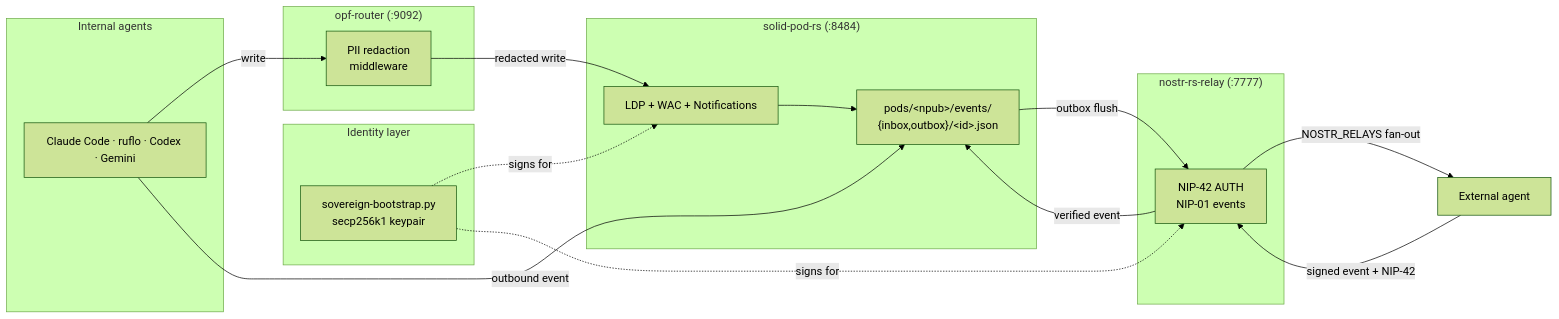
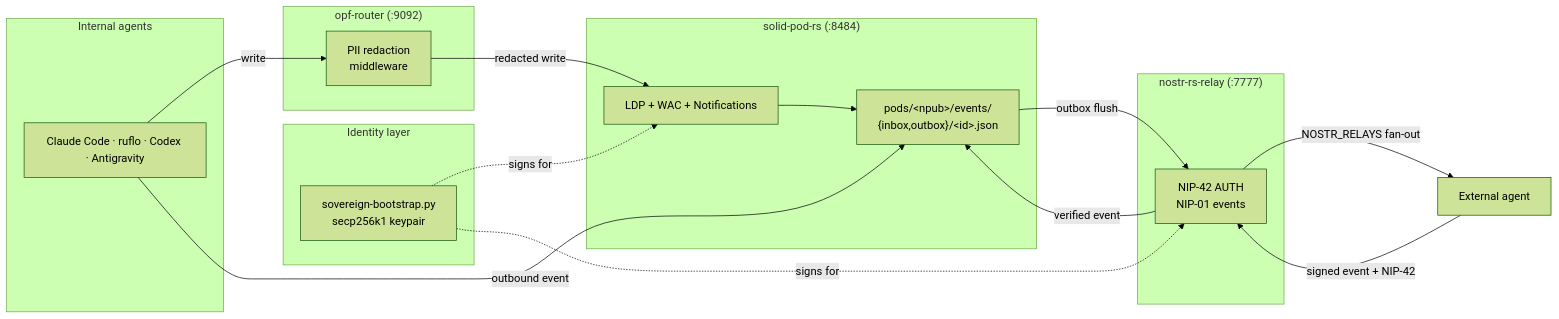
The diagram in docs/user/solid-pod.md (DreamLab-AI/agentbox), drawn with Mermaid (forest theme) before and after one commit. The commit also changed 6 other files, not shown here.

````diff
--- a/docs/user/solid-pod.md
+++ b/docs/user/solid-pod.md
@@ -181,29 +181,29 @@
 ```mermaid
 flowchart LR
     subgraph identity["Identity layer"]
         ID["sovereign-bootstrap.py<br/>secp256k1 keypair"]
     end
     subgraph pod["solid-pod-rs (:8484)"]
         POD["LDP + WAC + Notifications"]
         MBOX["pods/&lt;npub&gt;/events/<br/>{inbox,outbox}/&lt;id&gt;.json"]
         POD --> MBOX
     end
     subgraph relay["nostr-rs-relay (:7777)"]
         REL["NIP-42 AUTH<br/>NIP-01 events"]
     end
     subgraph privacy["opf-router (:9092)"]
         OPF["PII redaction<br/>middleware"]
     end
     subgraph agents["Internal agents"]
-        AG["Claude Code · ruflo · Codex · Gemini"]
+        AG["Claude Code · ruflo · Codex · Antigravity"]
     end
     EXT["External agent"] -->|"signed event + NIP-42"| REL
     REL -->|"verified event"| MBOX
     AG -->|"write"| OPF
     OPF -->|"redacted write"| POD
     AG -->|"outbound event"| MBOX
     MBOX -->|"outbox flush"| REL
     REL -->|"NOSTR_RELAYS fan-out"| EXT
     ID -.->|"signs for"| POD
     ID -.->|"signs for"| REL
 ```
````
